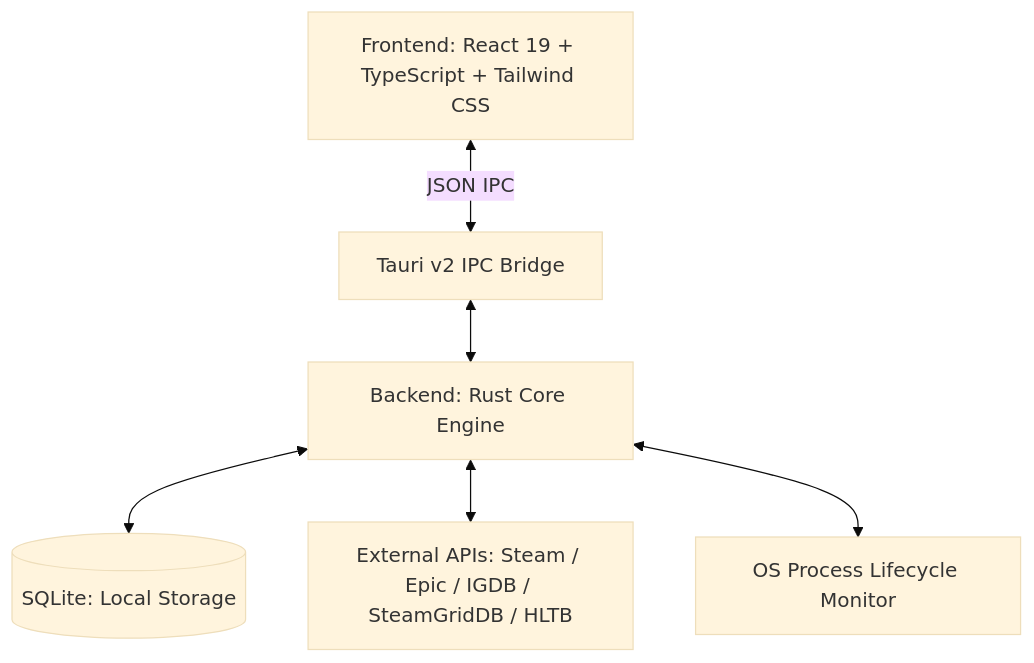
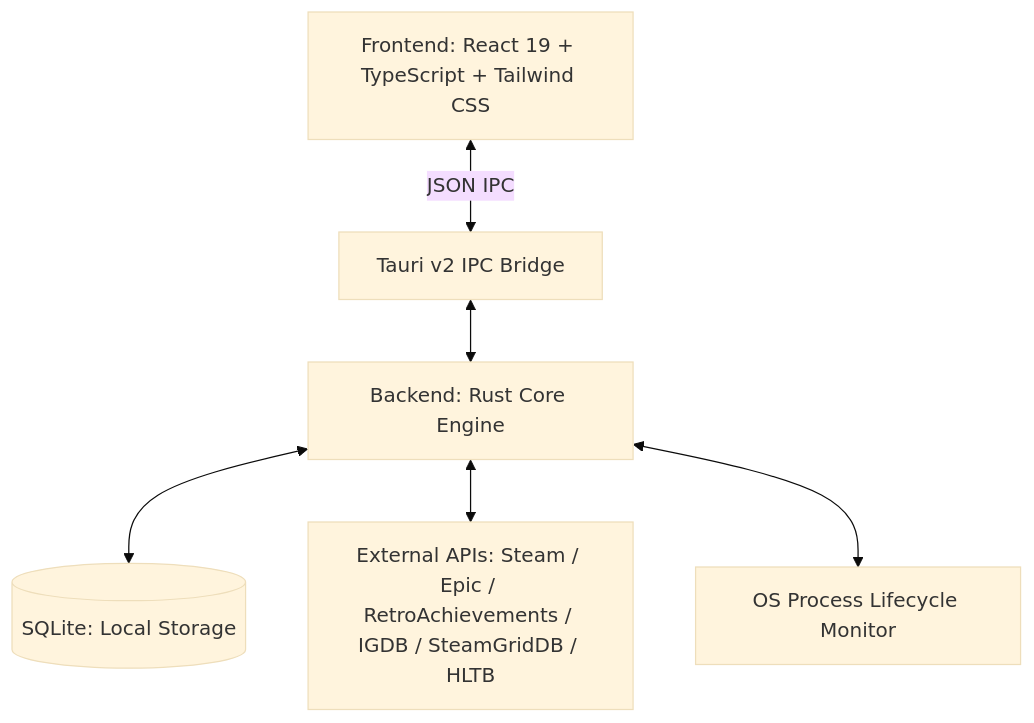
The diagram in README.md (Screamycat/OpenPlay), drawn with Mermaid (base theme) before and after one commit. The commit also changed other lines of this file and 22 other files, not shown here.

Commit message:
feat(release): v0.1.1 - RetroAchievements integration, smooth scroll overhaul & author attribution

````diff
--- a/README.md
+++ b/README.md
@@ -127,15 +129,15 @@
 ```mermaid
 graph TD
     UI[Frontend: React 19 + TypeScript + Tailwind CSS]
     TAURI[Tauri v2 IPC Bridge]
     CORE[Backend: Rust Core Engine]
     DB[(SQLite: Local Storage)]
-    EXT[External APIs: Steam / Epic / IGDB / SteamGridDB / HLTB]
+    EXT[External APIs: Steam / Epic / RetroAchievements / IGDB / SteamGridDB / HLTB]
     PROC[OS Process Lifecycle Monitor]
 
     UI <-->|JSON IPC| TAURI
     TAURI <--> CORE
     CORE <--> DB
     CORE <--> EXT
     CORE <--> PROC
 ```
````
